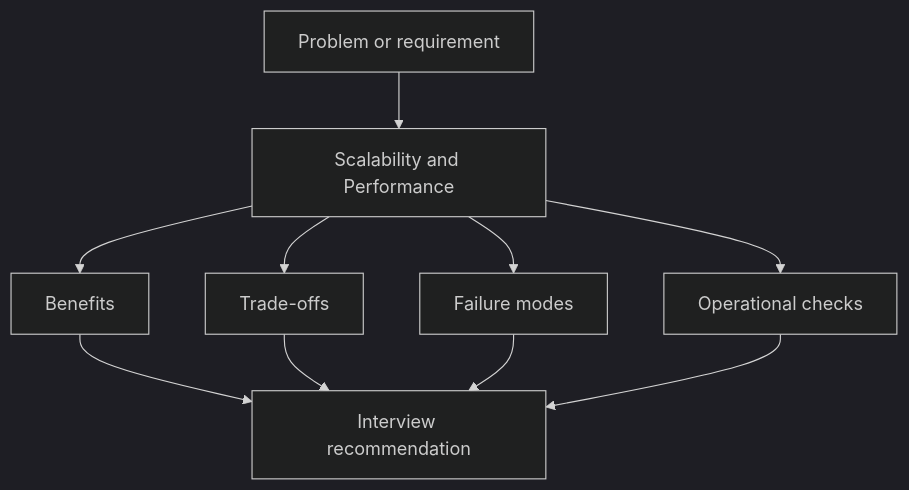
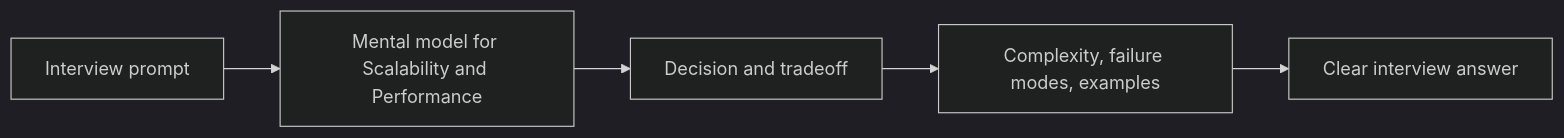
Before and after one commit to abstractinterviews/abstractinterviews.github.io: the diagram in fundamentals/scalability/index.md, drawn with Mermaid (dark theme). The commit also changed other lines of this file and 278 other files, not shown here.

````diff
--- a/fundamentals/scalability/index.md
+++ b/fundamentals/scalability/index.md
@@ -188,12 +180,7 @@
-~~~mermaid
-flowchart TD
-    Problem["Problem or requirement"] --> Concept["Scalability and Performance"]
-    Concept --> Benefits["Benefits"]
-    Concept --> Tradeoffs["Trade-offs"]
-    Concept --> FailureModes["Failure modes"]
-    Concept --> Operations["Operational checks"]
-    Benefits --> Decision["Interview recommendation"]
-    Tradeoffs --> Decision
-    FailureModes --> Decision
-    Operations --> Decision
-~~~
+```mermaid
+flowchart LR
+    Problem["Interview prompt"] --> Model["Mental model for Scalability and Performance"]
+    Model --> Choice["Decision and tradeoff"]
+    Choice --> Evidence["Complexity, failure modes, examples"]
+    Evidence --> Answer["Clear interview answer"]
+```
````
